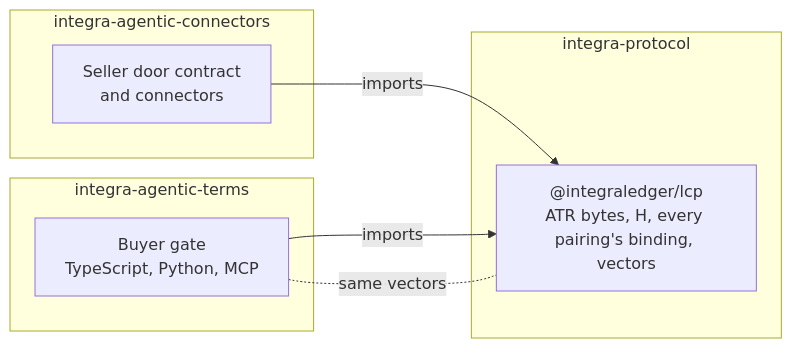
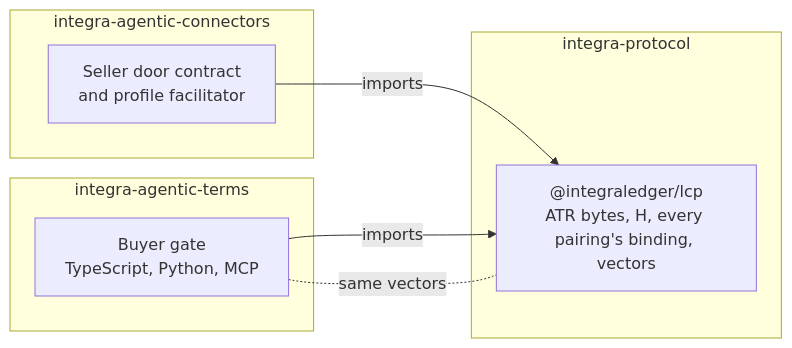
Before and after one commit to IntegraLedger/integra-protocol: the diagram in README.md, drawn with Mermaid. The commit also changed 2 other files, not shown here.

Commit message:
docs: the connectors repository holds the seller door's contract and a facilitator
The READMEs and the documentation home describe integra-agentic-connectors as its own README does: the seller door's
contract and an x402 facilitator for the LCP profiles on Tron and Polkadot.

````diff
--- a/README.md
+++ b/README.md
@@ -21,15 +21,15 @@
 ```mermaid
 flowchart LR
   subgraph protocol["integra-protocol"]
     lcp["@integraledger/lcp<br>ATR bytes, H, every pairing's binding, vectors"]
   end
   subgraph terms["integra-agentic-terms"]
     gate["Buyer gate<br>TypeScript, Python, MCP"]
   end
   subgraph connectors["integra-agentic-connectors"]
-    door["Seller door contract<br>and connectors"]
+    door["Seller door contract<br>and profile facilitator"]
   end
   gate -->|imports| lcp
   door -->|imports| lcp
   gate -. "same vectors" .- lcp
 ```
````
